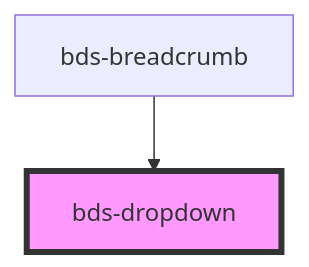
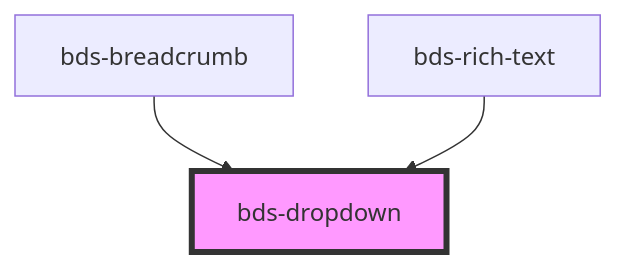
One commit to takenet/blip-ds changed the diagram in src/components/dropdown/readme.md. Above: the diagram before and after it, drawn with Mermaid. The commit also changed other lines of this file and 20 other files, not shown here.

Commit message:
feat(rich-text): new component Rich Text

````diff
--- a/src/components/dropdown/readme.md
+++ b/src/components/dropdown/readme.md
@@ -65,5 +66,6 @@
 ```mermaid
 graph TD;
   bds-breadcrumb --> bds-dropdown
+  bds-rich-text --> bds-dropdown
   style bds-dropdown fill:#f9f,stroke:#333,stroke-width:4px
 ```
````
